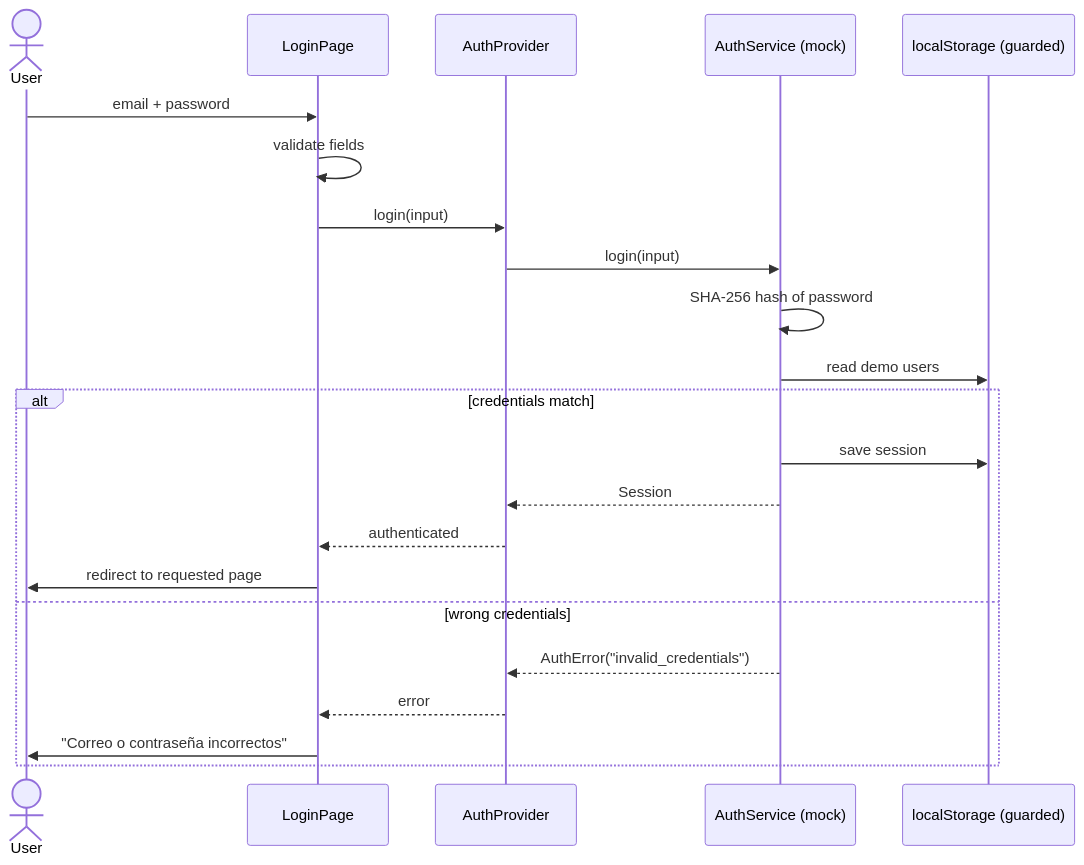
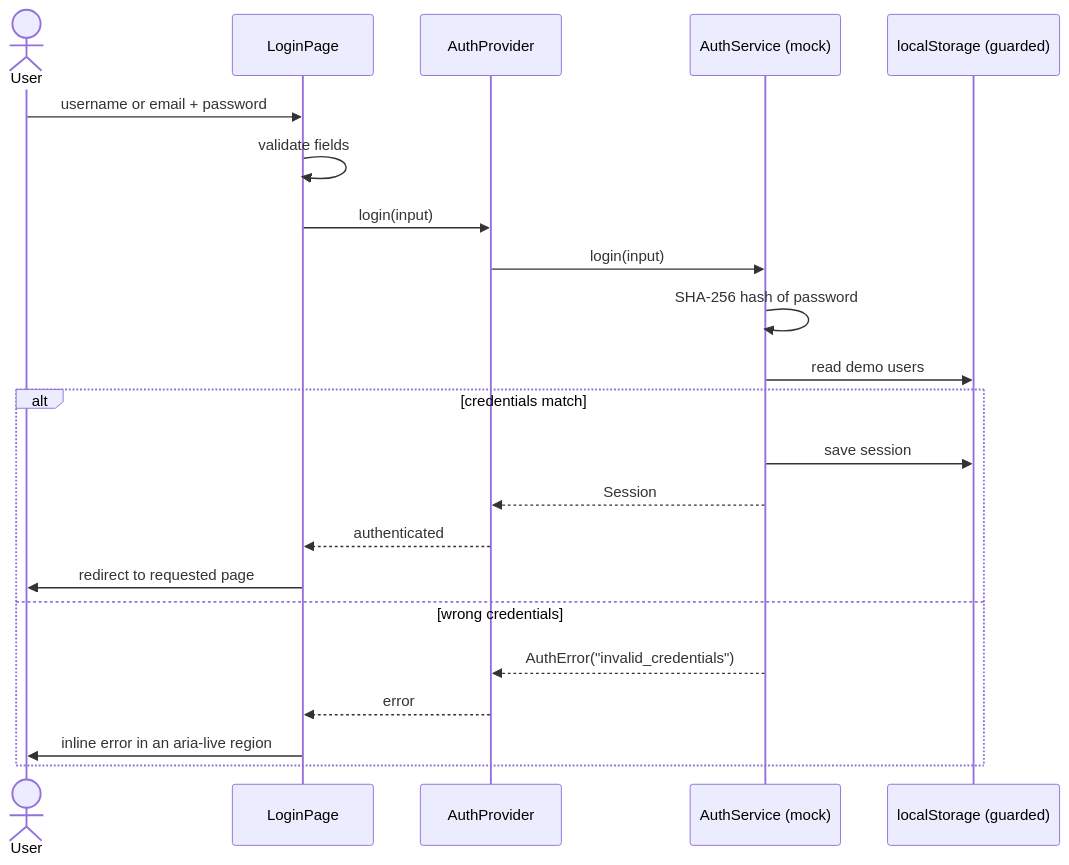
The fourth of 8 diagrams in README.md (GUERRREROALEXANDER/fronted-SmartCattle), drawn with Mermaid before and after one commit.

Commit message:
docs(readme): align the sign-in sequence diagram with identifier login

````diff
--- a/README.md
+++ b/README.md
@@ -287,25 +287,25 @@
 ```mermaid
 sequenceDiagram
     actor U as User
     participant P as LoginPage
     participant C as AuthProvider
     participant S as AuthService (mock)
     participant L as localStorage (guarded)
 
-    U->>P: email + password
+    U->>P: username or email + password
     P->>P: validate fields
     P->>C: login(input)
     C->>S: login(input)
     S->>S: SHA-256 hash of password
     S->>L: read demo users
     alt credentials match
         S->>L: save session
         S-->>C: Session
         C-->>P: authenticated
         P->>U: redirect to requested page
     else wrong credentials
         S-->>C: AuthError("invalid_credentials")
         C-->>P: error
-        P->>U: "Correo o contraseña incorrectos"
+        P->>U: inline error in an aria-live region
     end
 ```
````
